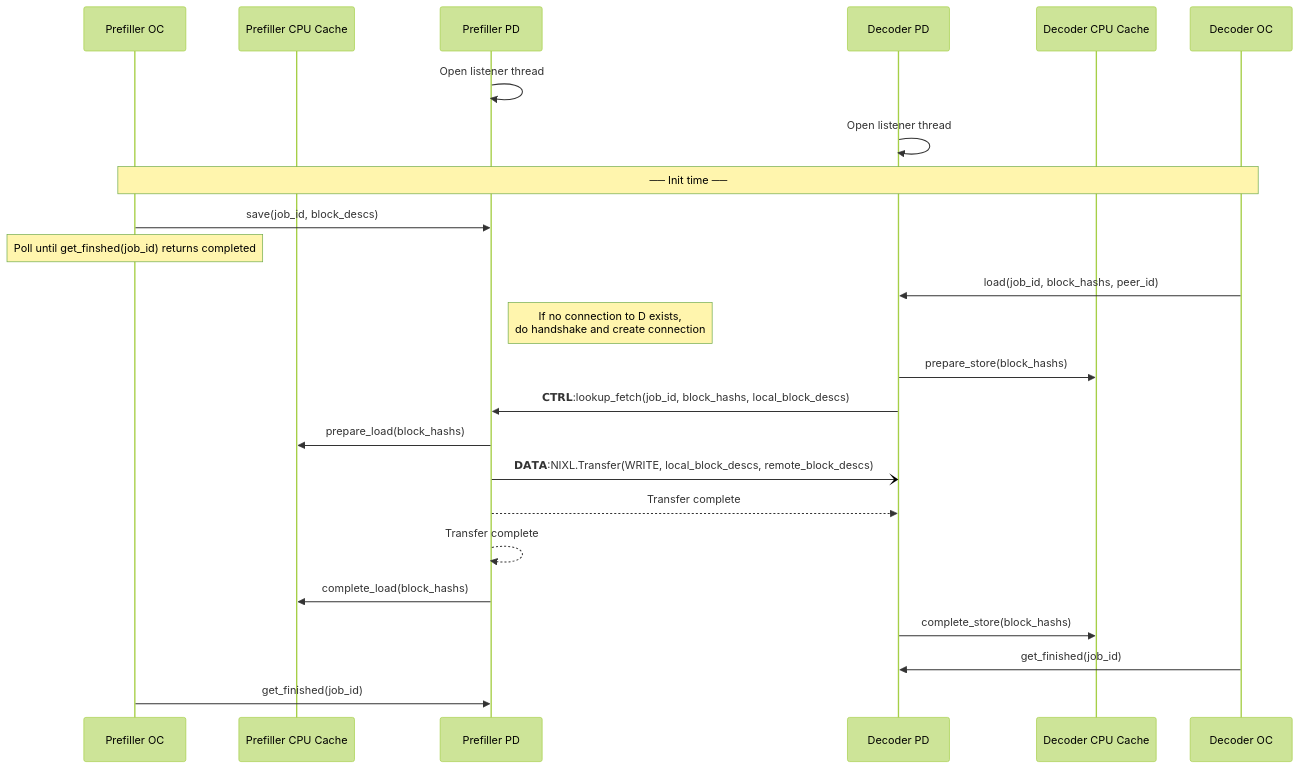
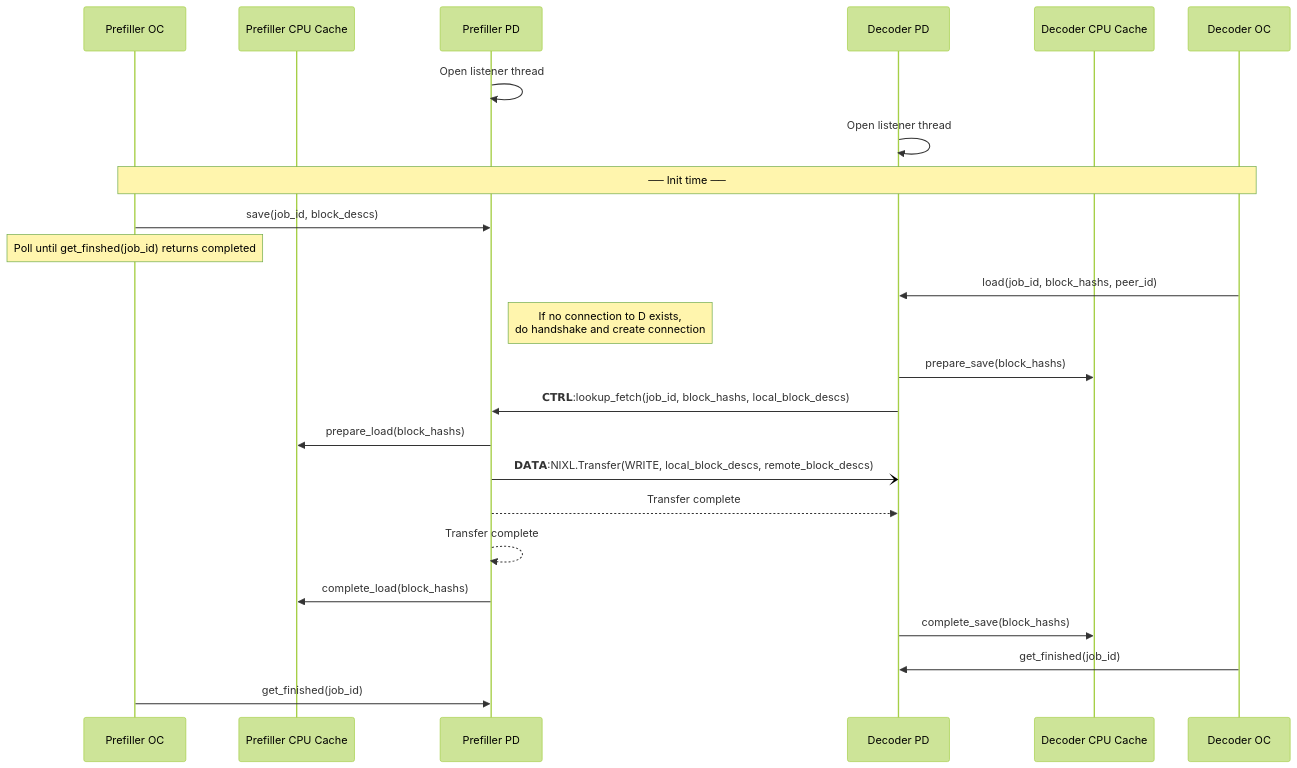
Before and after one commit to liranschour/my-utils: the second of 2 diagrams in pd-connector/docs/PD-Connector.md, drawn with Mermaid (forest theme). The commit also changed other lines of this file, not shown here.

````diff
--- a/pd-connector/docs/PD-Connector.md
+++ b/pd-connector/docs/PD-Connector.md
@@ -76,39 +67,39 @@
 ```mermaid
 sequenceDiagram
     participant Prefiller_OC as Prefiller OC
     participant Prefiller_CPU_Cache as Prefiller CPU Cache
     participant Prefiller_PD as Prefiller PD
     participant Decoder_PD as Decoder PD
     participant Decoder_CPU_Cache as Decoder CPU Cache
     participant Decoder_OC as Decoder OC
 
     Prefiller_PD->>Prefiller_PD: Open listener thread
     Decoder_PD->>Decoder_PD: Open listener thread
 
     Note over Prefiller_OC,Decoder_OC: ── Init time ──
 
     Prefiller_OC->>Prefiller_PD: save(job_id, block_descs)
 
     Note over Prefiller_OC: Poll until get_finshed(job_id) returns completed
 
     Decoder_OC->>Decoder_PD: load(job_id, block_hashs, peer_id)
     Note right of Prefiller_PD: If no connection to D exists,<br/>do handshake and create connection
 
-    Decoder_PD->>Decoder_CPU_Cache: prepare_store(block_hashs)
+    Decoder_PD->>Decoder_CPU_Cache: prepare_save(block_hashs)
 
     Decoder_PD->>Prefiller_PD: 𝗖𝗧𝗥𝗟:lookup_fetch(job_id, block_hashs, local_block_descs)
 
     Prefiller_PD->>Prefiller_CPU_Cache: prepare_load(block_hashs)
 
     Prefiller_PD-)Decoder_PD: 𝗗𝗔𝗧𝗔:NIXL.Transfer(WRITE, local_block_descs, remote_block_descs)
 
     Prefiller_PD-->>Decoder_PD: Transfer complete
     Prefiller_PD-->>Prefiller_PD: Transfer complete
     Prefiller_PD->>Prefiller_CPU_Cache: complete_load(block_hashs)
-    Decoder_PD->>Decoder_CPU_Cache: complete_store(block_hashs)
+    Decoder_PD->>Decoder_CPU_Cache: complete_save(block_hashs)
 
 
     Decoder_OC->>Decoder_PD: get_finished(job_id)
     Prefiller_OC->>Prefiller_PD: get_finished(job_id)
 
 ```
````
